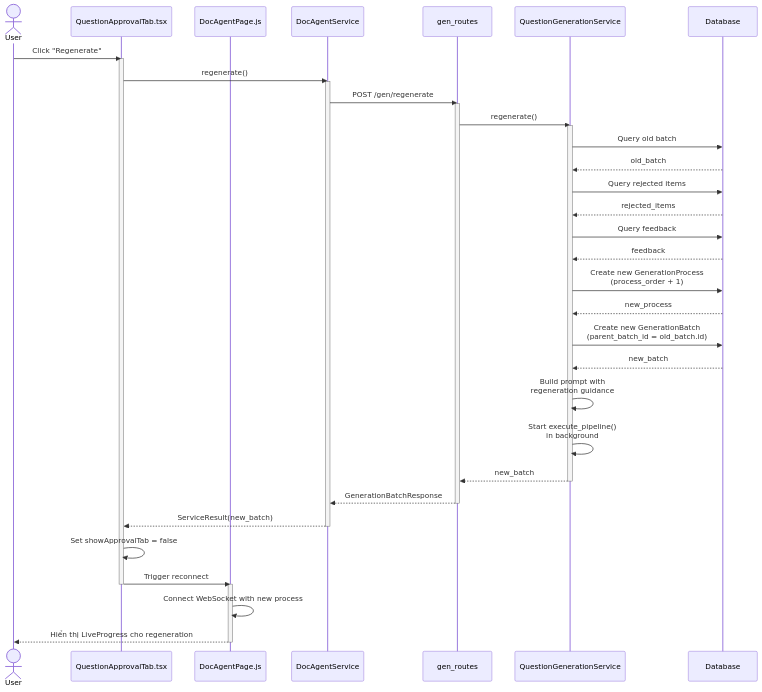
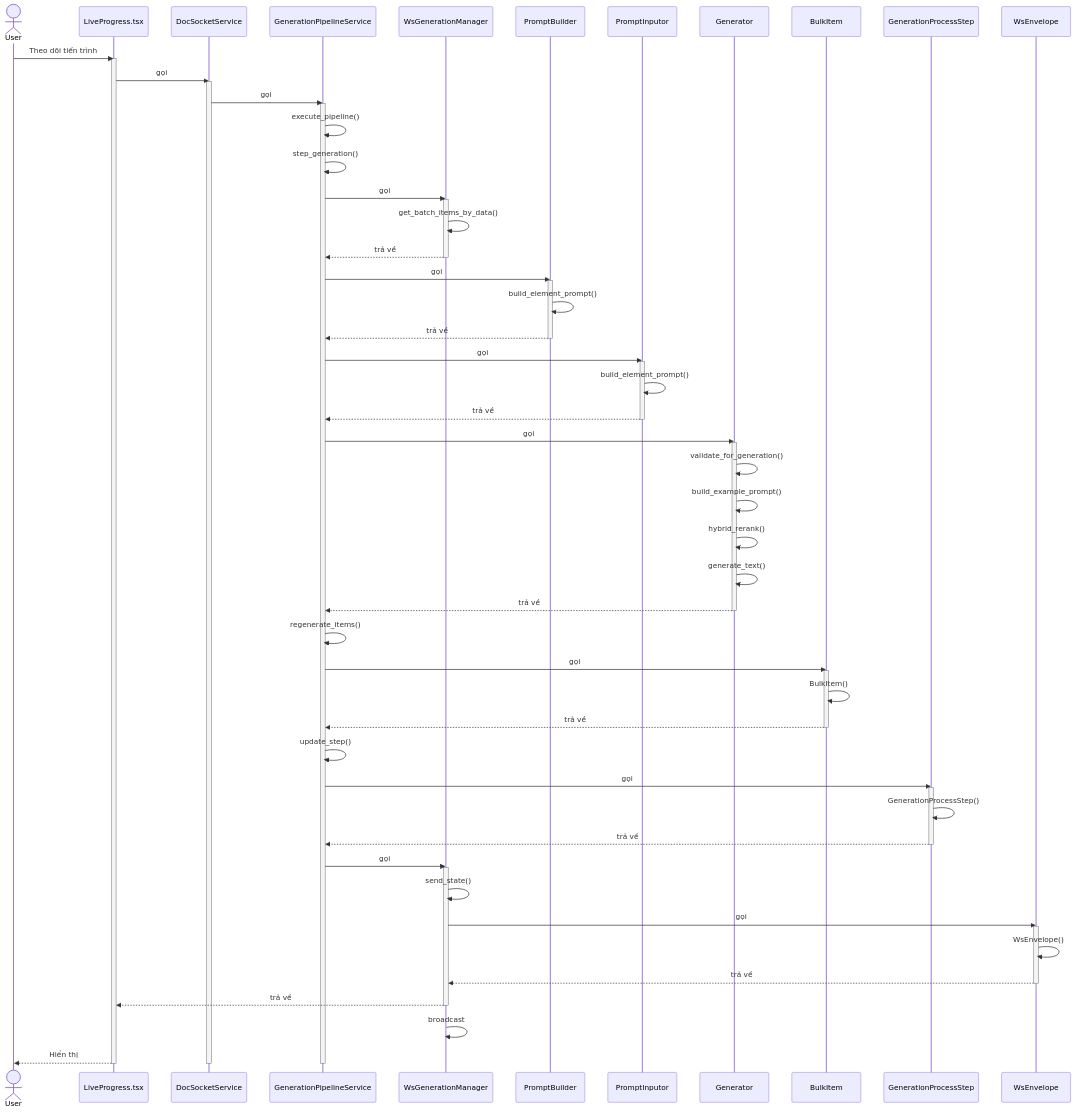
Before and after one commit to mduc-2610/gp_doc: the tenth of 10 diagrams in generation/4_generation_batch_seq.md, drawn with Mermaid. The commit also changed other lines of this file and 34 other files, not shown here.

````diff
--- a/generation/4_generation_batch_seq.md
+++ b/generation/4_generation_batch_seq.md
@@ -980,57 +713,92 @@
 ```mermaid
 sequenceDiagram
     actor User
-    participant QuestionApprovalTab as QuestionApprovalTab.tsx
-    participant DocAgentPage as DocAgentPage.js
-    participant DocAgentService as DocAgentService
-    participant GenRoutes as gen_routes
-    participant QuestionGenService as QuestionGenerationService
-    participant DB as Database
+    participant LiveProgress as LiveProgress.tsx
+    participant DocSocketService as DocSocketService
+    participant GenerationPipelineService as GenerationPipelineService
+    participant WsGenerationManager as WsGenerationManager
+    participant PromptBuilder as PromptBuilder
+    participant PromptInputor as PromptInputor
+    participant Generator as Generator
+    participant BulkItem as BulkItem
+    participant GenerationProcessStep as GenerationProcessStep
+    participant WsEnvelope as WsEnvelope
 
-    User->>QuestionApprovalTab: Click "Regenerate"
-    activate QuestionApprovalTab
+    User->>LiveProgress: Theo dõi tiến trình
+    activate LiveProgress
     
-    QuestionApprovalTab->>DocAgentService: regenerate()
-    activate DocAgentService
-    DocAgentService->>GenRoutes: POST /gen/regenerate
-    activate GenRoutes
+    LiveProgress->>DocSocketService: gọi
+    activate DocSocketService
     
-    GenRoutes->>QuestionGenService: regenerate()
-    activate QuestionGenService
+    DocSocketService->>GenerationPipelineService: gọi
+    activate GenerationPipelineService
     
-    QuestionGenService->>DB: Query old batch
-    DB-->>QuestionGenService: old_batch
+    GenerationPipelineService->>GenerationPipelineService: execute_pipeline()
+    GenerationPipelineService->>GenerationPipelineService: step_generation()
+    GenerationPipelineService->>WsGenerationManager: gọi
+    activate WsGenerationManager
     
-    QuestionGenService->>DB: Query rejected items
-    DB-->>QuestionGenService: rejected_items
+    WsGenerationManager->>WsGenerationManager: get_batch_items_by_data()
+    WsGenerationManager-->>GenerationPipelineService: trả về
+    deactivate WsGenerationManager
     
-    QuestionGenService->>DB: Query feedback
-    DB-->>QuestionGenService: feedback
+    GenerationPipelineService->>PromptBuilder: gọi
+    activate PromptBuilder
     
-    QuestionGenService->>DB: Create new GenerationProcess<br/>(process_order + 1)
-    DB-->>QuestionGenService: new_process
+    PromptBuilder->>PromptBuilder: build_element_prompt()
+    PromptBuilder-->>GenerationPipelineService: trả về
+    deactivate PromptBuilder
     
-    QuestionGenService->>DB: Create new GenerationBatch<br/>(parent_batch_id = old_batch.id)
-    DB-->>QuestionGenService: new_batch
+    GenerationPipelineService->>PromptInputor: gọi
+    activate PromptInputor
     
-    QuestionGenService->>QuestionGenService: Build prompt with<br/>regeneration guidance
+    PromptInputor->>PromptInputor: build_element_prompt()
+    PromptInputor-->>GenerationPipelineService: trả về
+    deactivate PromptInputor
     
-    QuestionGenService->>QuestionGenService: Start execute_pipeline()<br/>in background
+    GenerationPipelineService->>Generator: gọi
+    activate Generator
     
-    QuestionGenService-->>GenRoutes: new_batch
-    deactivate QuestionGenService
+    Generator->>Generator: validate_for_generation()
+    Generator->>Generator: build_example_prompt()
+    Generator->>Generator: hybrid_rerank()
+    Generator->>Generator: generate_text()
+    Generator-->>GenerationPipelineService: trả về
+    deactivate Generator
     
-    GenRoutes-->>DocAgentService: GenerationBatchResponse
-    deactivate GenRoutes
-    DocAgentService-->>QuestionApprovalTab: ServiceResult(new_batch)
-    deactivate DocAgentService
+    GenerationPipelineService->>GenerationPipelineService: regenerate_items()
+    GenerationPipelineService->>BulkItem: gọi
+    activate BulkItem
     
-    QuestionApprovalTab->>QuestionApprovalTab: Set showApprovalTab = false
-    QuestionApprovalTab->>DocAgentPage: Trigger reconnect
-    deactivate QuestionApprovalTab
+    BulkItem->>BulkItem: BulkItem()
+    BulkItem-->>GenerationPipelineService: trả về
+    deactivate BulkItem
     
-    activate DocAgentPage
-    DocAgentPage->>DocAgentPage: Connect WebSocket with new process
-    DocAgentPage-->>User: Hiển thị LiveProgress cho regeneration
-    deactivate DocAgentPage
+    GenerationPipelineService->>GenerationPipelineService: update_step()
+    GenerationPipelineService->>GenerationProcessStep: gọi
+    activate GenerationProcessStep
+    
+    GenerationProcessStep->>GenerationProcessStep: GenerationProcessStep()
+    GenerationProcessStep-->>GenerationPipelineService: trả về
+    deactivate GenerationProcessStep
+    
+    GenerationPipelineService->>WsGenerationManager: gọi
+    activate WsGenerationManager
+    
+    WsGenerationManager->>WsGenerationManager: send_state()
+    WsGenerationManager->>WsEnvelope: gọi
+    activate WsEnvelope
+    
+    WsEnvelope->>WsEnvelope: WsEnvelope()
+    WsEnvelope-->>WsGenerationManager: trả về
+    deactivate WsEnvelope
+    
+    WsGenerationManager-->>LiveProgress: trả về
+    deactivate WsGenerationManager
+    
+    WsGenerationManager->>WsGenerationManager: broadcast
+    LiveProgress-->>User: Hiển thị
+    deactivate GenerationPipelineService
+    deactivate DocSocketService
+    deactivate LiveProgress
 ```
````
